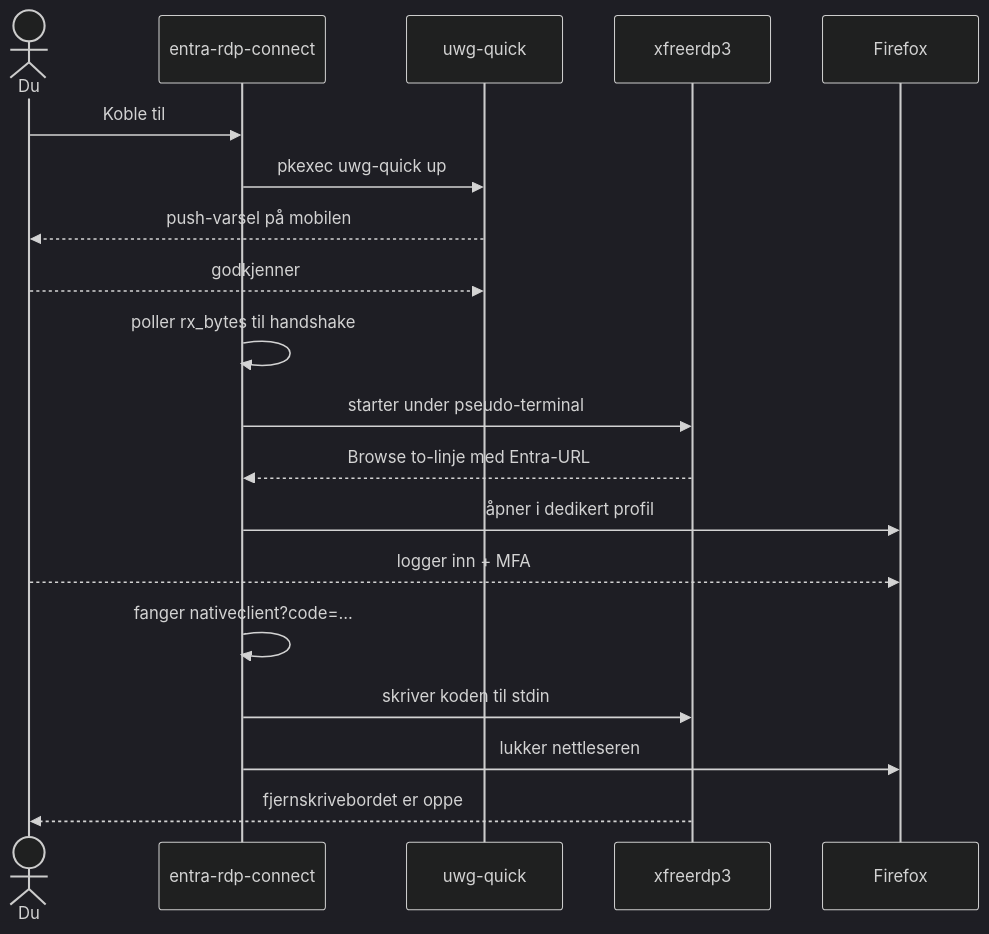
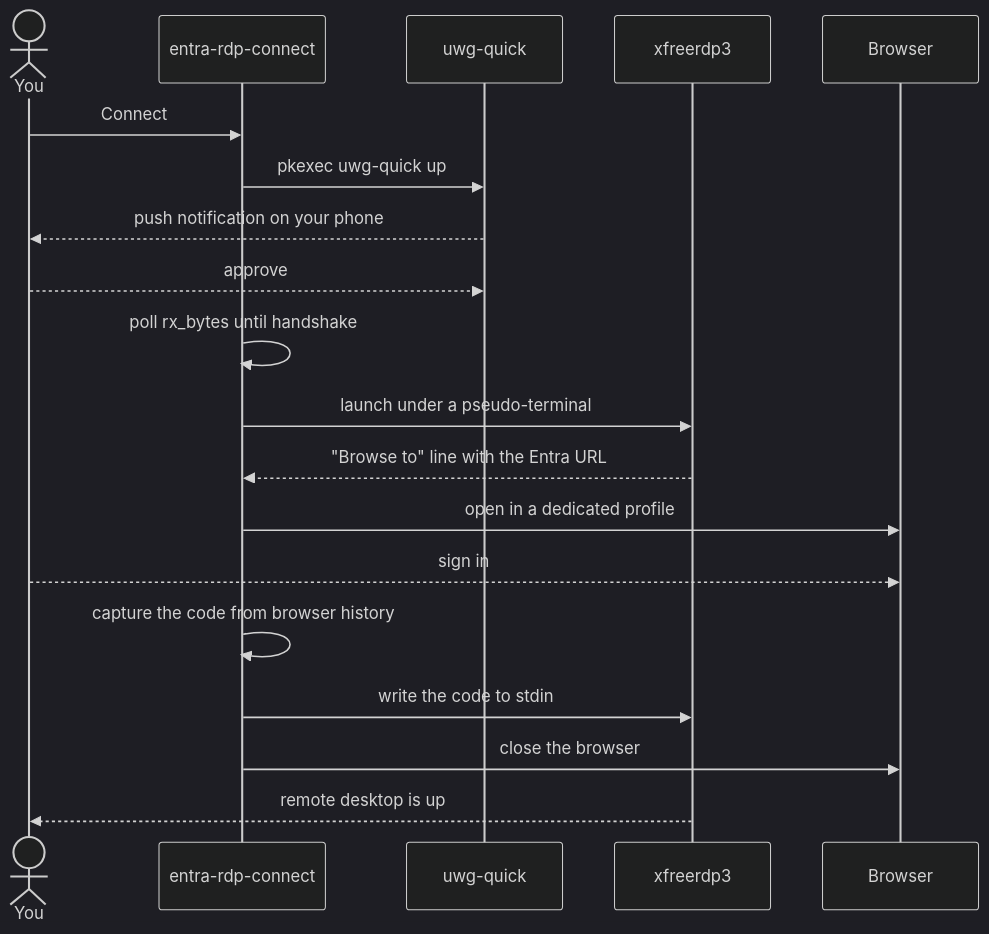
The first of 2 diagrams in README.md (Rune-Pune/entra-rdp-connect), drawn with Mermaid (dark theme) before and after one commit. The commit also changed other lines of this file and 2 other files, not shown here.

````diff
--- a/README.md
+++ b/README.md
@@ -39,22 +30,22 @@
 ```mermaid
 sequenceDiagram
-    actor Du
+    actor You
     participant App as entra-rdp-connect
     participant VPN as uwg-quick
     participant RDP as xfreerdp3
-    participant FF as Firefox
+    participant Web as Browser
 
-    Du->>App: Koble til
+    You->>App: Connect
     App->>VPN: pkexec uwg-quick up
-    VPN-->>Du: push-varsel på mobilen
-    Du-->>VPN: godkjenner
-    App->>App: poller rx_bytes til handshake
-    App->>RDP: starter under pseudo-terminal
-    RDP-->>App: Browse to-linje med Entra-URL
-    App->>FF: åpner i dedikert profil
-    Du-->>FF: logger inn + MFA
-    App->>App: fanger nativeclient?code=...
-    App->>RDP: skriver koden til stdin
-    App->>FF: lukker nettleseren
-    RDP-->>Du: fjernskrivebordet er oppe
+    VPN-->>You: push notification on your phone
+    You-->>VPN: approve
+    App->>App: poll rx_bytes until handshake
+    App->>RDP: launch under a pseudo-terminal
+    RDP-->>App: "Browse to" line with the Entra URL
+    App->>Web: open in a dedicated profile
+    You-->>Web: sign in
+    App->>App: capture the code from browser history
+    App->>RDP: write the code to stdin
+    App->>Web: close the browser
+    RDP-->>You: remote desktop is up
 ```
````
